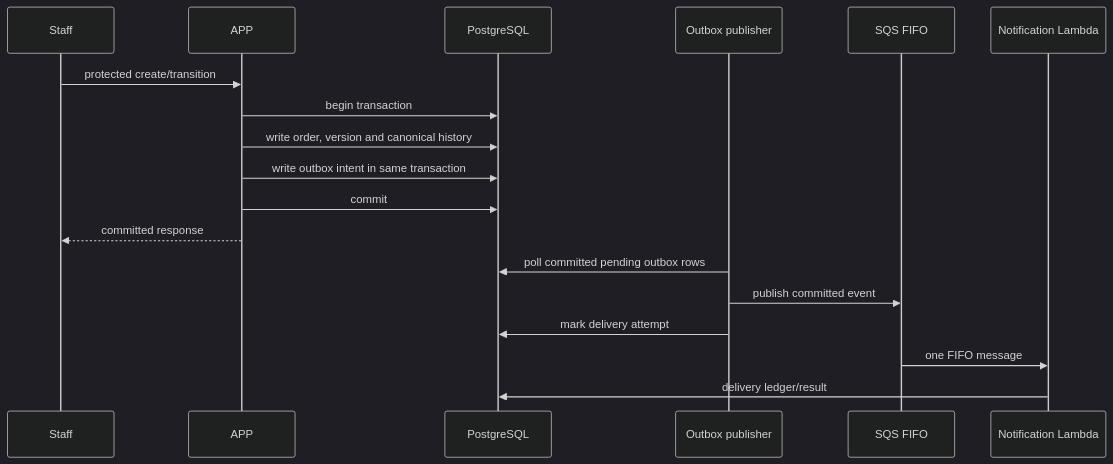
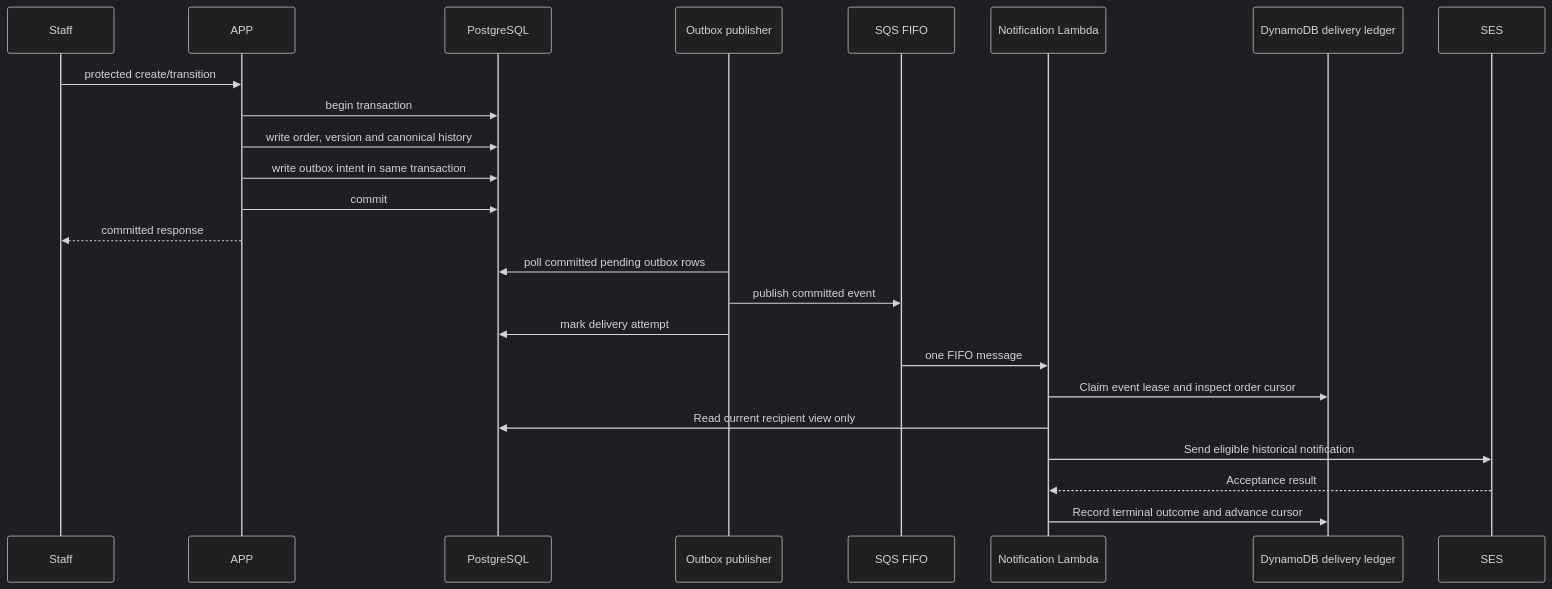
Before and after one commit to rafaelxvr/Tech-challenge-15SOAT: the diagram in docs/phase-3/architecture/order-opening-sequence.md, drawn with Mermaid (dark theme). The commit also changed other lines of this file and 9 other files, not shown here.

Commit message:
docs: align architecture evidence and staged acceptance gaps

````diff
--- a/docs/phase-3/architecture/order-opening-sequence.md
+++ b/docs/phase-3/architecture/order-opening-sequence.md
@@ -3,20 +3,26 @@
 ```mermaid
 sequenceDiagram
 participant S as Staff
 participant A as APP
 participant P as PostgreSQL
 participant O as Outbox publisher
 participant Q as SQS FIFO
 participant L as Notification Lambda
+participant D as DynamoDB delivery ledger
+participant E as SES
 S->>A: protected create/transition
 A->>P: begin transaction
 A->>P: write order, version and canonical history
 A->>P: write outbox intent in same transaction
 A->>P: commit
 A-->>S: committed response
 O->>P: poll committed pending outbox rows
 O->>Q: publish committed event
 O->>P: mark delivery attempt
 Q->>L: one FIFO message
-L->>P: delivery ledger/result
+L->>D: Claim event lease and inspect order cursor
+L->>P: Read current recipient view only
+L->>E: Send eligible historical notification
+E-->>L: Acceptance result
+L->>D: Record terminal outcome and advance cursor
 ```
````
